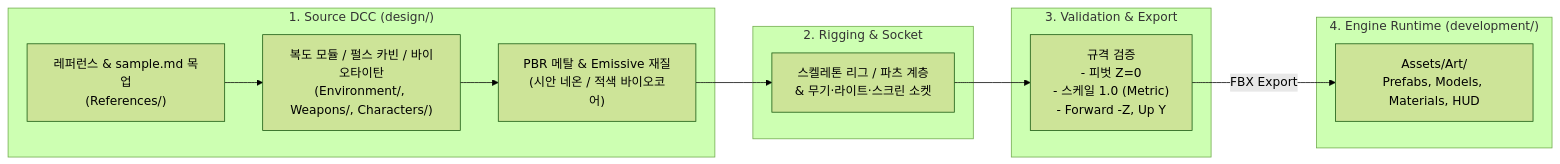
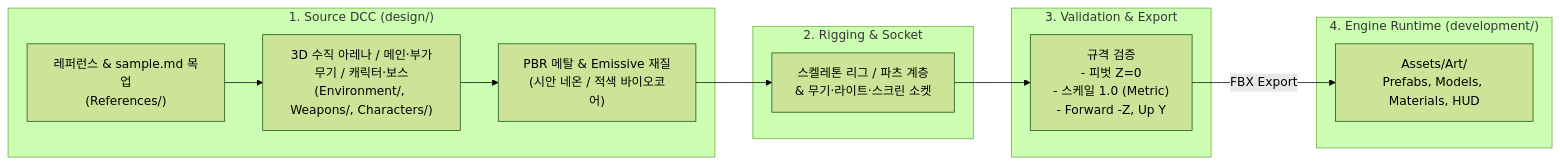
Before and after one commit to yongjunhwang/ai-sample: the first of 3 diagrams in design/ARCHITECTURE.md, drawn with Mermaid (forest theme). The commit also changed other lines of this file and 111 other files, not shown here.

````diff
--- a/design/ARCHITECTURE.md
+++ b/design/ARCHITECTURE.md
@@ -11,22 +11,22 @@
 ```mermaid
 flowchart LR
     subgraph Phase1 ["1. Source DCC (design/)"]
         Ref["레퍼런스 & sample.md 목업<br/>(References/)"]
-        HighLow["복도 모듈 / 펄스 카빈 / 바이오타이탄<br/>(Environment/, Weapons/, Characters/)"]
+        HighLow["3D 수직 아레나 / 메인·부가무기 / 캐릭터·보스<br/>(Environment/, Weapons/, Characters/)"]
         Tex["PBR 메탈 & Emissive 재질<br/>(시안 네온 / 적색 바이오코어)"]
     end
 
     subgraph Phase2 ["2. Rigging & Socket"]
         Rig["스켈레톤 리그 / 파츠 계층<br/>& 무기·라이트·스크린 소켓"]
     end
 
     subgraph Phase3 ["3. Validation & Export"]
         ExportCheck["규격 검증<br/>- 피벗 Z=0<br/>- 스케일 1.0 (Metric)<br/>- Forward -Z, Up Y"]
     end
 
     subgraph Phase4 ["4. Engine Runtime (development/)"]
         EngineAsset["Assets/Art/<br/>Prefabs, Models, Materials, HUD"]
     end
 
     Ref --> HighLow --> Tex --> Rig --> ExportCheck -->|"FBX Export"| EngineAsset
 ```
````
